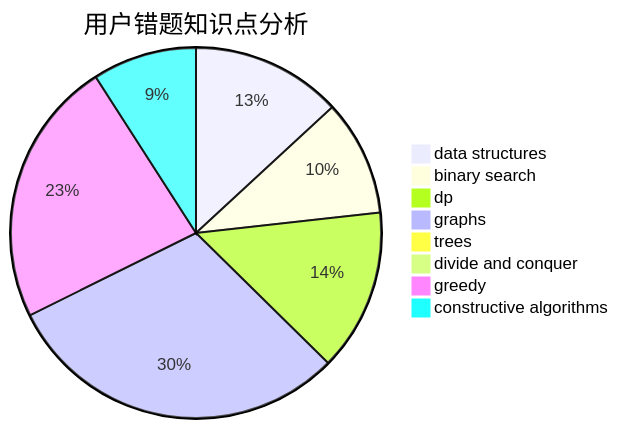
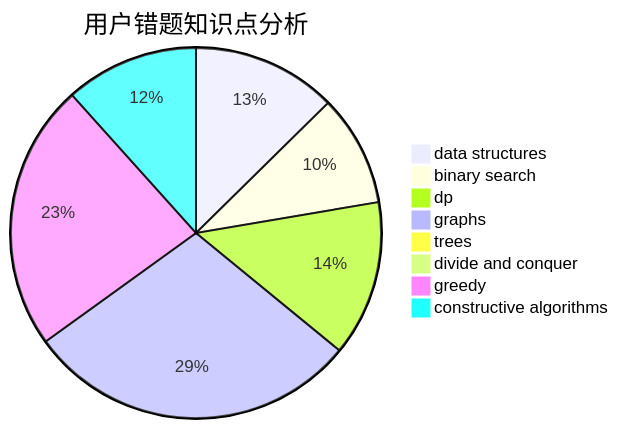
Before and after one commit to sherpahu/cfrs.github.io: the third of 3 diagrams in docs/user/u2346.md, drawn with Mermaid. The commit also changed other lines of this file and 2770 other files, not shown here.

````diff
--- a/docs/user/u2346.md
+++ b/docs/user/u2346.md
@@ -36,11 +36,11 @@
 ```mermaid
 pie title 用户错题知识点分析
     "data structures" :  13
     "binary search" :  10
     "dp" :  14
     "graphs" :  30
     "trees" :  0
     "divide and conquer" :  0
-    "greedy" :  23
-    "constructive algorithms" :  9
+    "greedy" :  24
+    "constructive algorithms" :  12
 ```
````
